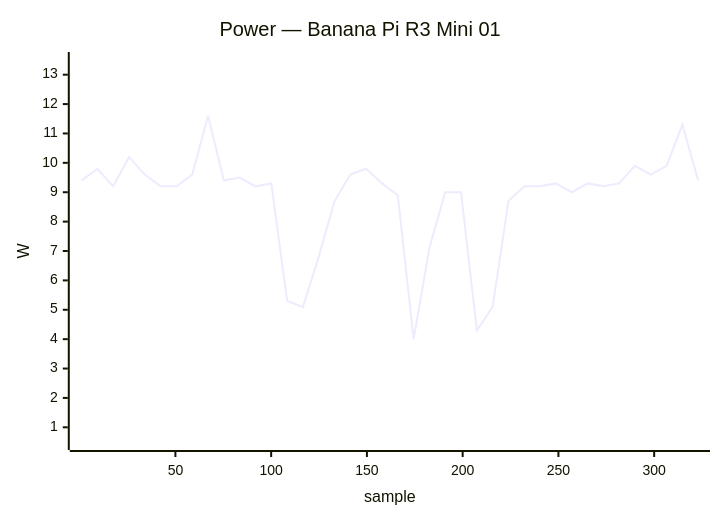
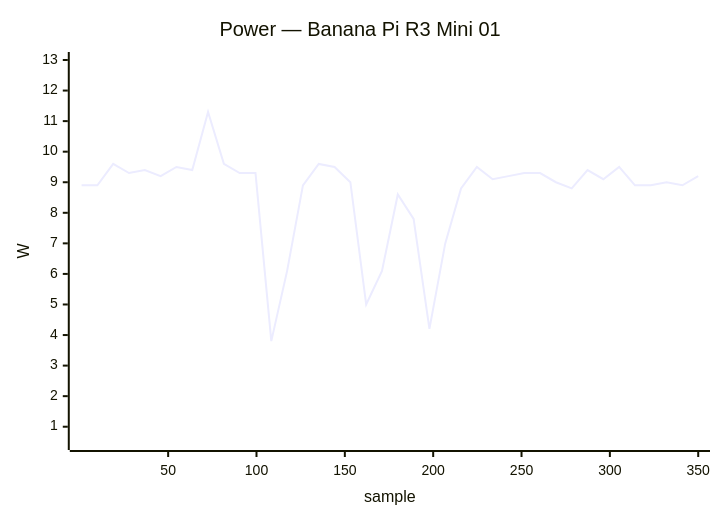
The ninth of 48 diagrams in docs/status/board-tests.md (armbian/documentation), drawn with Mermaid before and after one commit. The commit also changed other lines of this file, not shown here.

````diff
--- a/docs/status/board-tests.md
+++ b/docs/status/board-tests.md
@@ -341,7 +454,7 @@
 ```mermaid
 xychart-beta
     title "Power — Banana Pi R3 Mini 01"
-    x-axis "sample" 1 --> 323
-    y-axis "W" 0.5 --> 13.5
-    line [9.4, 9.8, 9.2, 10.2, 9.6, 9.2, 9.2, 9.6, 11.6, 9.4, 9.5, 9.2, 9.3, 5.3, 5.1, 6.8, 8.7, 9.6, 9.8, 9.3, 8.9, 4.0, 7.1, 9.0, 9.0, 4.3, 5.1, 8.7, 9.2, 9.2, 9.3, 9.0, 9.3, 9.2, 9.3, 9.9, 9.6, 9.9, 11.3, 9.4]
+    x-axis "sample" 1 --> 350
+    y-axis "W" 0.5 --> 13.0
+    line [8.9, 8.9, 9.6, 9.3, 9.4, 9.2, 9.5, 9.4, 11.3, 9.6, 9.3, 9.3, 3.8, 6.1, 8.9, 9.6, 9.5, 9.0, 5.0, 6.1, 8.6, 7.8, 4.2, 7.0, 8.8, 9.5, 9.1, 9.2, 9.3, 9.3, 9.0, 8.8, 9.4, 9.1, 9.5, 8.9, 8.9, 9.0, 8.9, 9.2]
 ```
````
